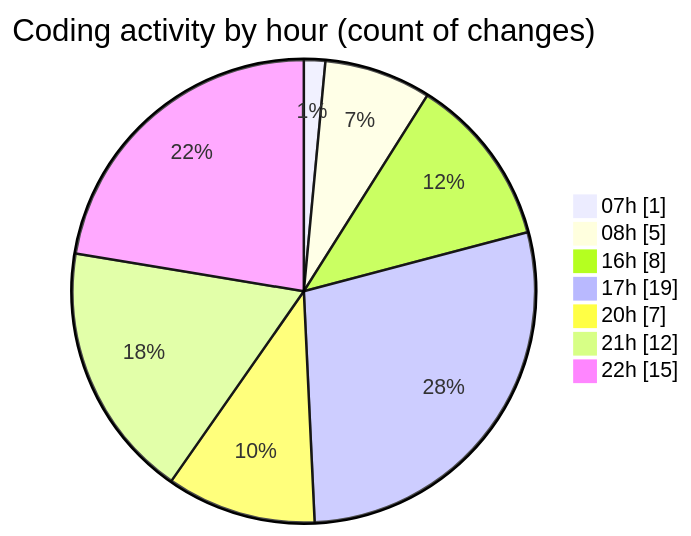
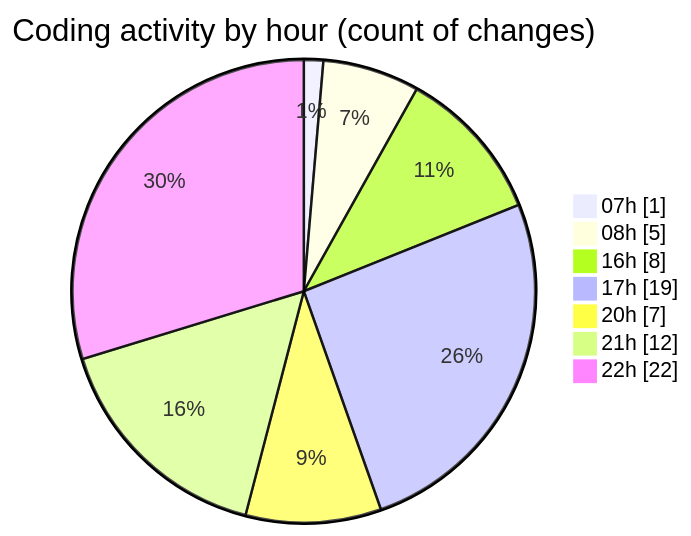
Before and after one commit to Elitesun/code-tracking: the second of 2 diagrams in 2025-02-13/elitegpt/README.md, drawn with Mermaid. The commit also changed other lines of this file and 1 other file, not shown here.

````diff
--- a/2025-02-13/elitegpt/README.md
+++ b/2025-02-13/elitegpt/README.md
@@ -38,11 +38,11 @@
 ```mermaid
 pie showData
 title Coding activity by hour (count of changes)
 "07h" : 1
 "08h" : 5
 "16h" : 8
 "17h" : 19
 "20h" : 7
 "21h" : 12
-"22h" : 15
+"22h" : 22
 ```
````
